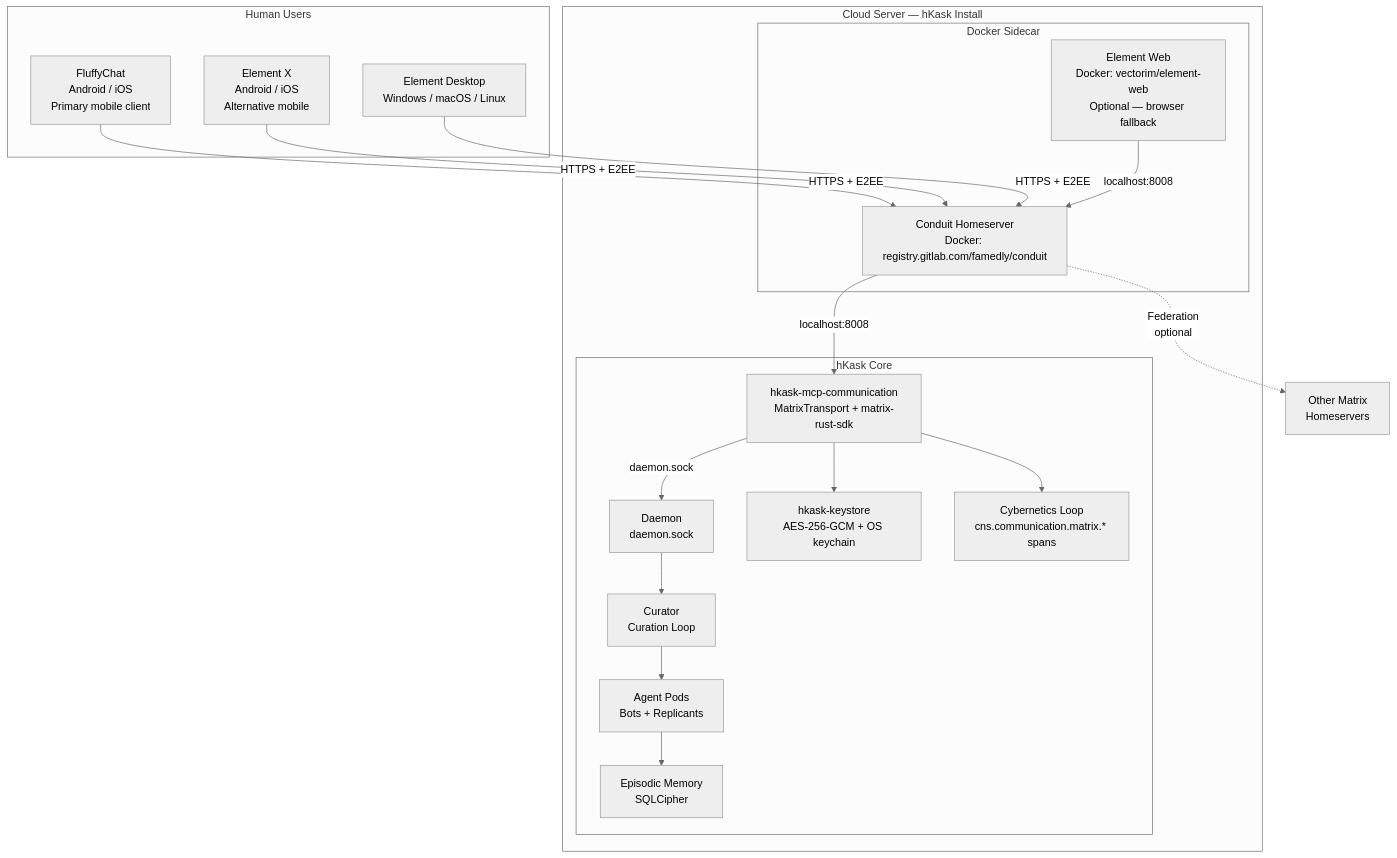
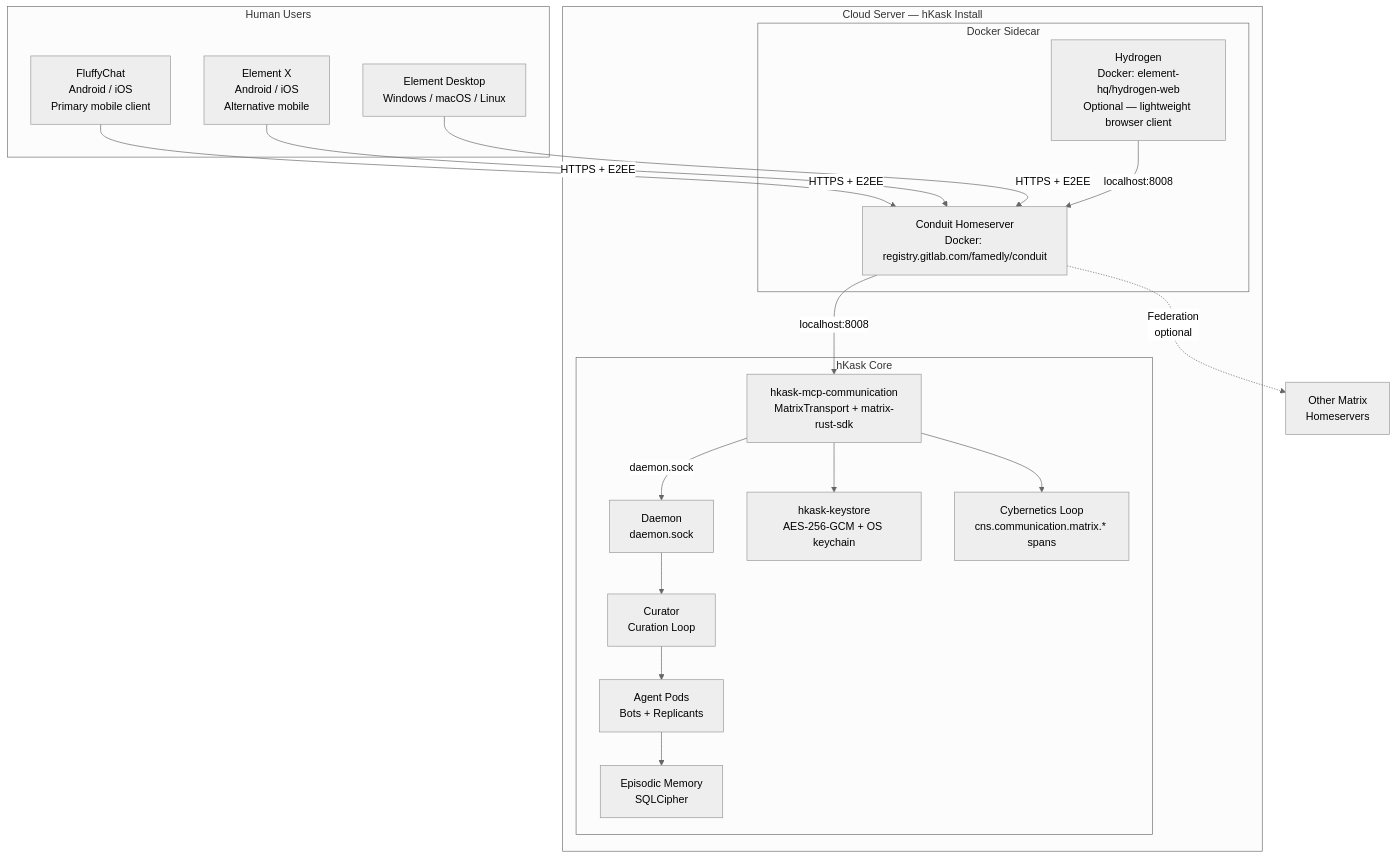
The sixth of 6 diagrams in docs/architecture/matrix-integration-architecture.md (mdz-axo/hKask), drawn with Mermaid (neutral theme) before and after one commit. The commit also changed other lines of this file and 90 other files, not shown here.

````diff
--- a/docs/architecture/matrix-integration-architecture.md
+++ b/docs/architecture/matrix-integration-architecture.md
@@ -385,40 +676,40 @@
 ```mermaid
 graph TD
     subgraph Cloud["Cloud Server — hKask Install"]
         subgraph Sidecar["Docker Sidecar"]
             CONDUIT[Conduit Homeserver<br/>Docker: registry.gitlab.com/famedly/conduit]
-            ELEMENT[Element Web<br/>Docker: vectorim/element-web<br/>Optional — browser fallback]
+            ELEMENT[Hydrogen<br/>Docker: element-hq/hydrogen-web<br/>Optional — lightweight browser client]
         end
         
         subgraph Core["hKask Core"]
             DAEMON[Daemon<br/>daemon.sock]
             MCP_COMM[hkask-mcp-communication<br/>MatrixTransport + matrix-rust-sdk]
             CURATOR[Curator<br/>Curation Loop]
             AGENTS[Agent Pods<br/>Bots + Replicants]
             KEYSTORE[hkask-keystore<br/>AES-256-GCM + OS keychain]
             EPISODIC[Episodic Memory<br/>SQLCipher]
             CNS[Cybernetics Loop<br/>cns.communication.matrix.* spans]
         end
     end
     
     subgraph Humans["Human Users"]
         FLUFFY[FluffyChat<br/>Android / iOS<br/>Primary mobile client]
         ELEM_X[Element X<br/>Android / iOS<br/>Alternative mobile]
         ELEM_D[Element Desktop<br/>Windows / macOS / Linux]
     end
     
     FLUFFY -->|HTTPS + E2EE| CONDUIT
     ELEM_X -->|HTTPS + E2EE| CONDUIT
     ELEM_D -->|HTTPS + E2EE| CONDUIT
     ELEMENT -->|localhost:8008| CONDUIT
     
     CONDUIT -->|localhost:8008| MCP_COMM
     MCP_COMM -->|daemon.sock| DAEMON
     DAEMON --> CURATOR
     CURATOR --> AGENTS
     AGENTS --> EPISODIC
     MCP_COMM --> KEYSTORE
     MCP_COMM --> CNS
     
     CONDUIT -.->|Federation<br/>optional| OTHER[Other Matrix<br/>Homeservers]
 ```
````
